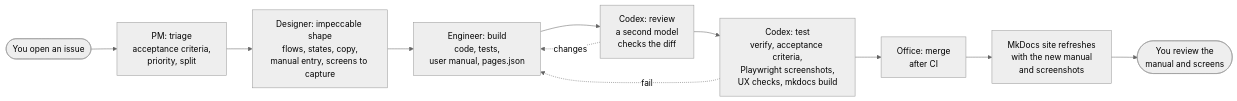
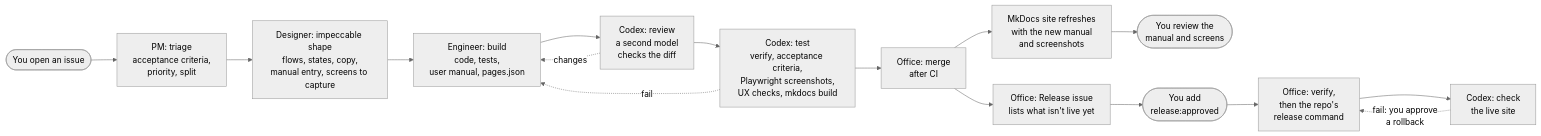
Before and after one commit to a1drich/product-development-office: the second of 3 diagrams in docs/HOW-IT-WORKS.md, drawn with Mermaid (neutral theme). The commit also changed other lines of this file and 26 other files, not shown here.

First line of the commit message:
Release on the owner's approval, then check the live site

````diff
--- a/docs/HOW-IT-WORKS.md
+++ b/docs/HOW-IT-WORKS.md
@@ -33,13 +33,18 @@
 ```mermaid
 flowchart LR
     U([You open an issue]) --> PM[PM: triage<br/>acceptance criteria,<br/>priority, split]
     PM --> DS[Designer: impeccable shape<br/>flows, states, copy,<br/>manual entry, screens to capture]
     DS --> EN[Engineer: build<br/>code, tests,<br/>user manual, pages.json]
     EN --> RV[Codex: review<br/>a second model<br/>checks the diff]
     RV --> TS[Codex: test<br/>verify, acceptance criteria,<br/>Playwright screenshots,<br/>UX checks, mkdocs build]
     TS --> MG[Office: merge<br/>after CI]
     MG --> SITE[MkDocs site refreshes<br/>with the new manual<br/>and screenshots]
     SITE --> R([You review the<br/>manual and screens])
+    MG --> REL[Office: Release issue<br/>lists what isn't live yet]
+    REL --> AP([You add<br/>release:approved])
+    AP --> DEP[Office: verify,<br/>then the repo's<br/>release command]
+    DEP --> LIVE[Codex: check<br/>the live site]
+    LIVE -. fail: you approve<br/>a rollback .-> DEP
     RV -. changes .-> EN
     TS -. fail .-> EN
 ```
````
